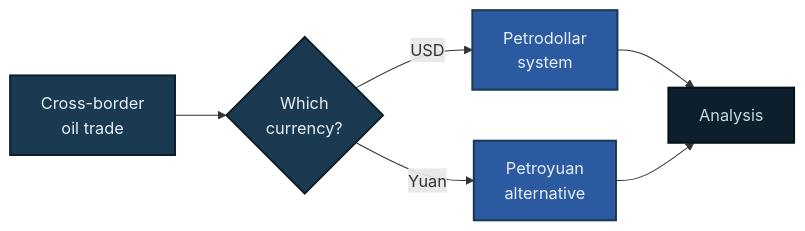
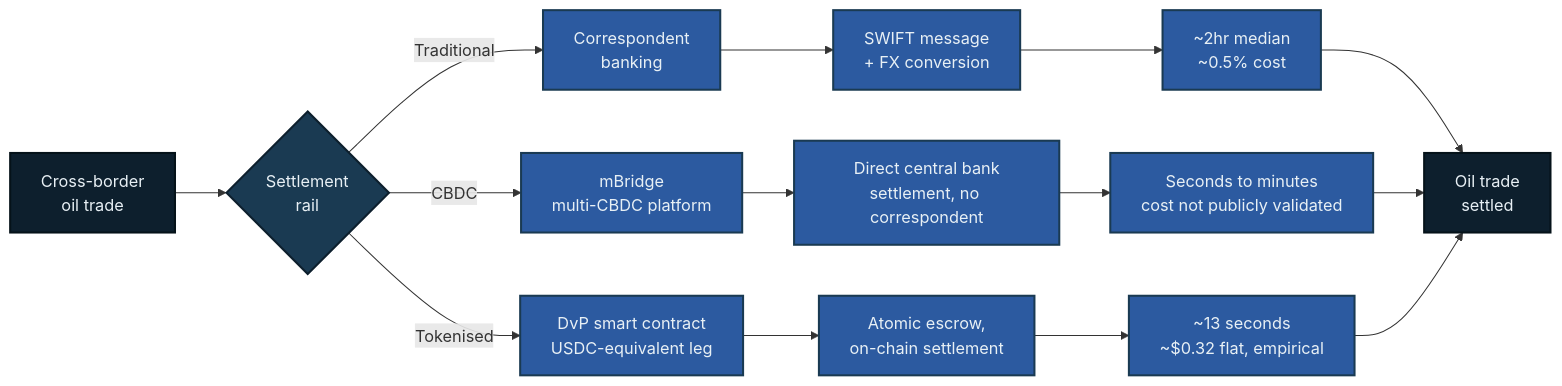
The diagram in README.md (alexander-jhughes/dollar-tokenisation-analysis), drawn with Mermaid before and after one commit. The commit also changed other lines of this file and 25 other files, not shown here.

````diff
--- a/README.md
+++ b/README.md
@@ -21,14 +78,33 @@
 ```mermaid
 graph LR
-    A["Cross-border<br/>oil trade"] --> B{"Which<br/>currency?"}
-    B -->|USD| C["Petrodollar<br/>system"]
-    B -->|Yuan| D["Petroyuan<br/>alternative"]
-    C --> E["Analysis"]
-    D --> E
-    
-    style A fill:#1a3a52,stroke:#0d1f2d,color:#e8f0f5,stroke-width:2px
-    style B fill:#1a3a52,stroke:#0d1f2d,color:#e8f0f5,stroke-width:2px
-    style C fill:#2c5aa0,stroke:#1a3a52,color:#e8f0f5,stroke-width:2px
-    style D fill:#2c5aa0,stroke:#1a3a52,color:#e8f0f5,stroke-width:2px
-    style E fill:#0d1f2d,stroke:#051219,color:#c8d8e0,stroke-width:2px
+    Start["Cross-border<br/>oil trade"] --> Route{"Settlement<br/>rail"}
+
+    Route -->|Traditional| CB1["Correspondent<br/>banking"]
+    CB1 --> CB2["SWIFT message<br/>+ FX conversion"]
+    CB2 --> CB3["~2hr median<br/>~0.5% cost"]
+
+    Route -->|CBDC| MB1["mBridge<br/>multi-CBDC platform"]
+    MB1 --> MB2["Direct central bank<br/>settlement, no correspondent"]
+    MB2 --> MB3["Seconds to minutes<br/>cost not publicly validated"]
+
+    Route -->|Tokenised| SC1["DvP smart contract<br/>USDC-equivalent leg"]
+    SC1 --> SC2["Atomic escrow,<br/>on-chain settlement"]
+    SC2 --> SC3["~13 seconds<br/>~$0.32 flat, empirical"]
+
+    CB3 --> End["Oil trade<br/>settled"]
+    MB3 --> End
+    SC3 --> End
+
+    style Start fill:#0d1f2d,stroke:#051219,color:#e8f0f5,stroke-width:2px
+    style Route fill:#1a3a52,stroke:#0d1f2d,color:#e8f0f5,stroke-width:2px
+    style CB1 fill:#2c5aa0,stroke:#1a3a52,color:#e8f0f5,stroke-width:2px
+    style CB2 fill:#2c5aa0,stroke:#1a3a52,color:#e8f0f5,stroke-width:2px
+    style CB3 fill:#2c5aa0,stroke:#1a3a52,color:#e8f0f5,stroke-width:2px
+    style MB1 fill:#2c5aa0,stroke:#1a3a52,color:#e8f0f5,stroke-width:2px
+    style MB2 fill:#2c5aa0,stroke:#1a3a52,color:#e8f0f5,stroke-width:2px
+    style MB3 fill:#2c5aa0,stroke:#1a3a52,color:#e8f0f5,stroke-width:2px
+    style SC1 fill:#2c5aa0,stroke:#1a3a52,color:#e8f0f5,stroke-width:2px
+    style SC2 fill:#2c5aa0,stroke:#1a3a52,color:#e8f0f5,stroke-width:2px
+    style SC3 fill:#2c5aa0,stroke:#1a3a52,color:#e8f0f5,stroke-width:2px
+    style End fill:#0d1f2d,stroke:#051219,color:#e8f0f5,stroke-width:2px
 ```
````
